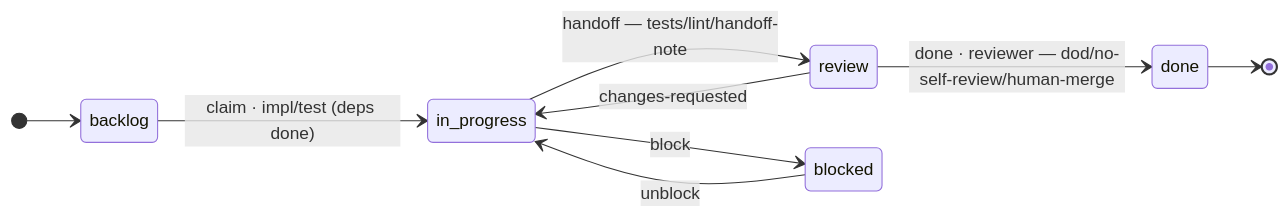
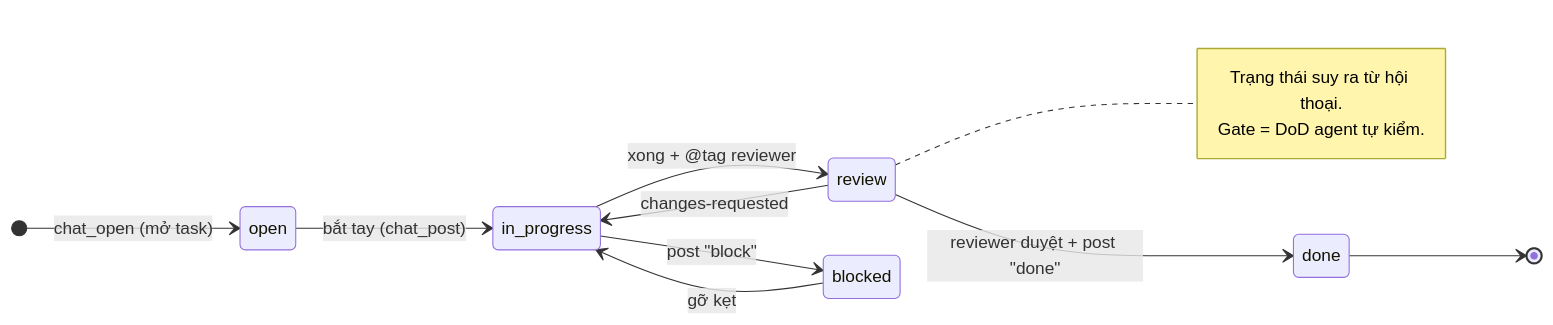
The second of 2 diagrams in hatch/docs/architecture-diagram.md (fioenix/hatch), drawn with Mermaid before and after one commit. The commit also changed other lines of this file and 1 other file, not shown here.

First line of the commit message:
hatch: redraw architecture diagrams + add install/onboarding guide

````diff
--- a/hatch/docs/architecture-diagram.md
+++ b/hatch/docs/architecture-diagram.md
@@ -126,12 +153,16 @@
 ```mermaid
 stateDiagram-v2
   direction LR
-  [*] --> backlog
-  backlog --> in_progress: claim · impl/test (deps done)
-  in_progress --> review: handoff — tests/lint/handoff-note
-  review --> done: done · reviewer — dod/no-self-review/human-merge
+  [*] --> open: chat_open (mở task)
+  open --> in_progress: bắt tay (chat_post)
+  in_progress --> review: xong + @tag reviewer
+  review --> done: reviewer duyệt + post "done"
   review --> in_progress: changes-requested
-  in_progress --> blocked: block
-  blocked --> in_progress: unblock
+  in_progress --> blocked: post "block"
+  blocked --> in_progress: gỡ kẹt
   done --> [*]
+  note right of review
+    Trạng thái suy ra từ hội thoại.
+    Gate = DoD agent tự kiểm.
+  end note
 ```
````
